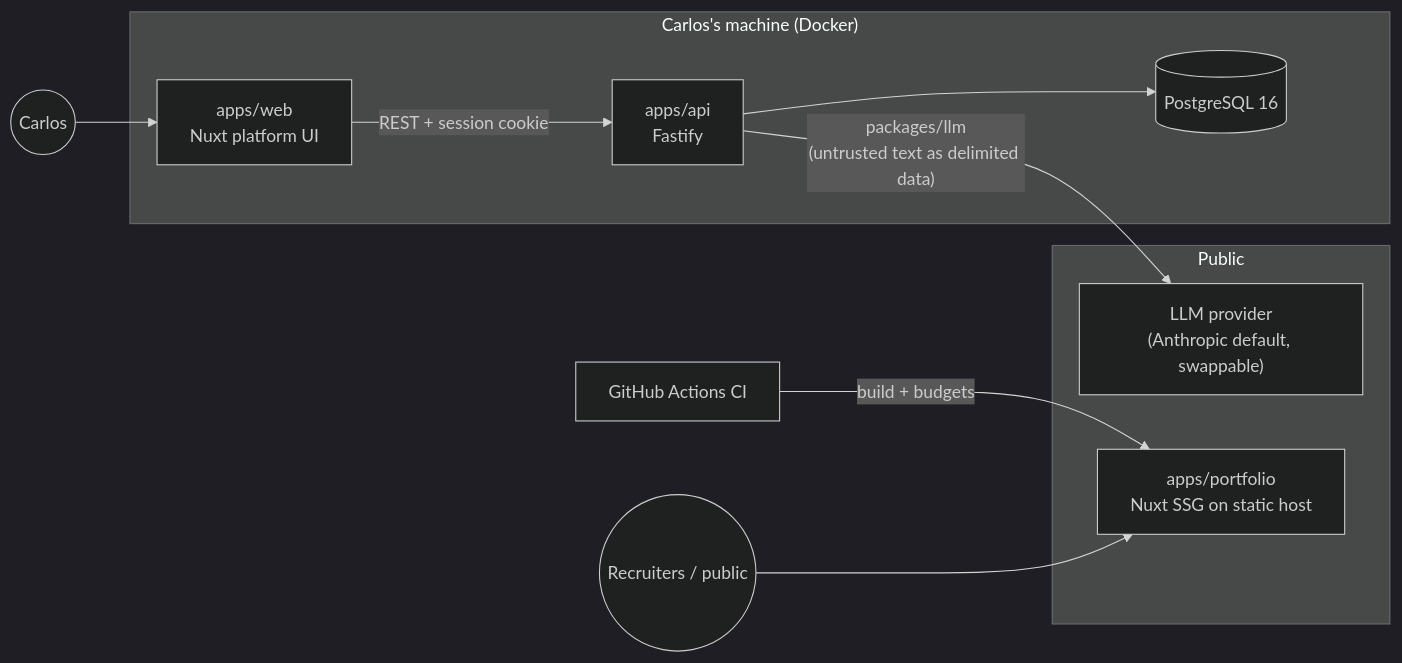
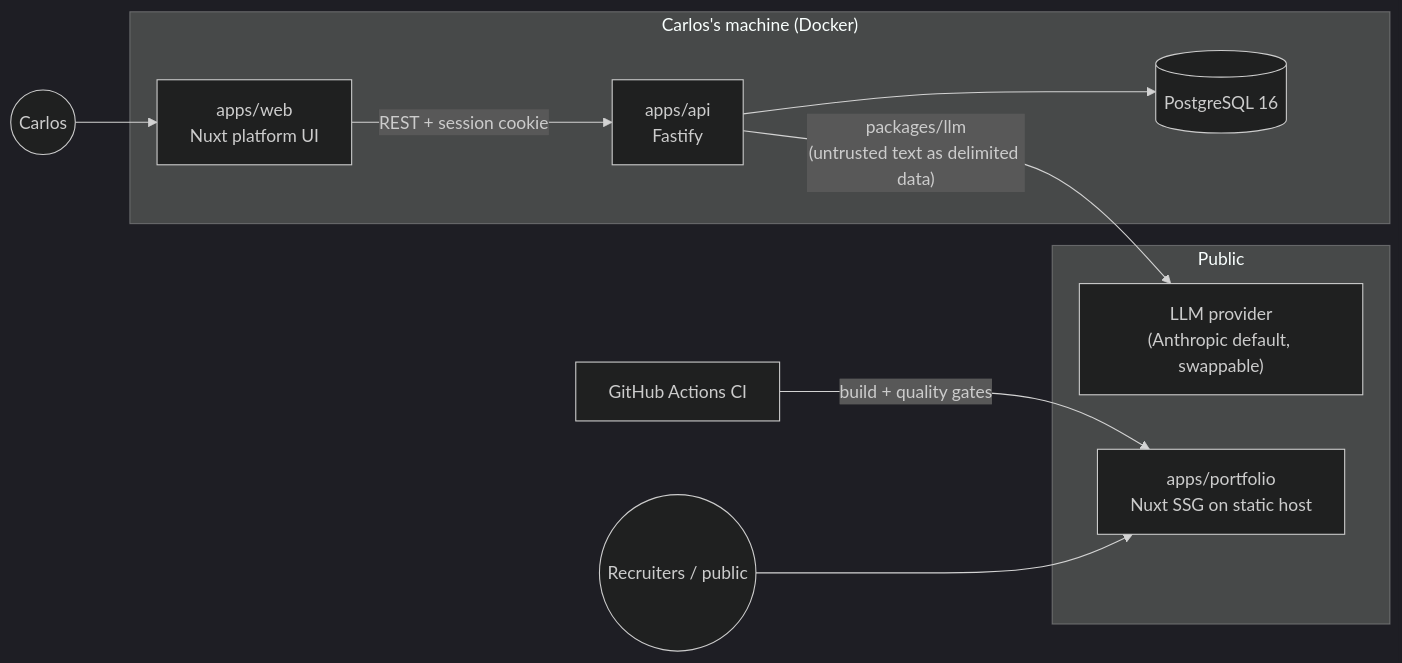
The first of 3 diagrams in docs/ARCHITECTURE.md (carlos-gutz-25/careerforge), drawn with Mermaid (dark theme) before and after one commit. The commit also changed other lines of this file and 3 other files, not shown here.

First line of the commit message:
ci(portfolio): wire Lighthouse + axe + link gates into portfolio-build — M2-03 slice 4

````diff
--- a/docs/ARCHITECTURE.md
+++ b/docs/ARCHITECTURE.md
@@ -13,20 +13,20 @@
 ```mermaid
 flowchart LR
     subgraph Local["Carlos's machine (Docker)"]
         WEB["apps/web<br/>Nuxt platform UI"]
         API["apps/api<br/>Fastify"]
         PG[("PostgreSQL 16")]
         WEB -->|"REST + session cookie"| API
         API --> PG
     end
 
     subgraph Cloud["Public"]
         PORT["apps/portfolio<br/>Nuxt SSG on static host"]
         LLMAPI["LLM provider<br/>(Anthropic default, swappable)"]
     end
 
     API -->|"packages/llm<br/>(untrusted text as delimited data)"| LLMAPI
-    CI["GitHub Actions CI"] -->|"build + budgets"| PORT
+    CI["GitHub Actions CI"] -->|"build + quality gates"| PORT
     CARLOS((Carlos)) --> WEB
     PUBLIC((Recruiters / public)) --> PORT
 ```
````
